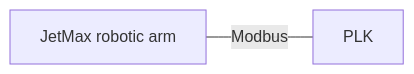
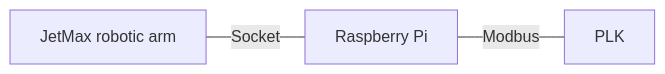
One commit to fsprojekti/plk-blockchain changed the second of 3 diagrams in README.md. Above: the diagram before and after it, drawn with Mermaid.

Commit message:
Update README.md
added RPI between JetMax and PLK

````diff
--- a/README.md
+++ b/README.md
@@ -26,6 +26,7 @@
 ```mermaid
 graph LR
     A[JetMax robotic arm]
+    B[Raspberry Pi]
     C[PLK]
-    A---|Modbus|C
+    A---|Socket|B---|Modbus|C
 ```
````
